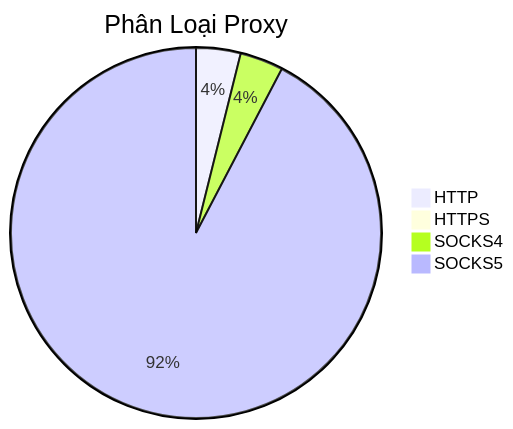
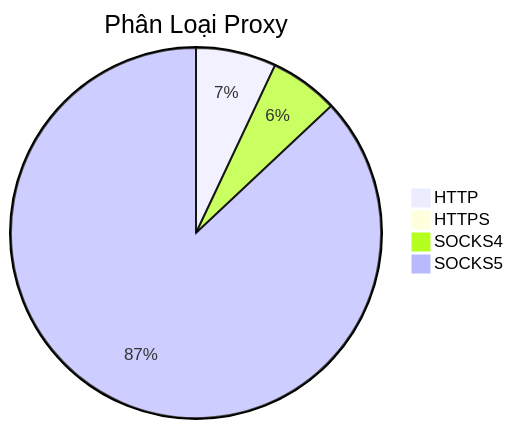
One commit to Ciara-Aa/PROXY-free changed the diagram in README.md. Above: the diagram before and after it, drawn with Mermaid. The commit also changed other lines of this file and 4 other files, not shown here.

````diff
--- a/README.md
+++ b/README.md
@@ -26,7 +26,7 @@
 ```mermaid
 pie title Phân Loại Proxy
-    "HTTP" : 422
-    "HTTPS" : 3
-    "SOCKS4" : 411
-    "SOCKS5" : 10026
+    "HTTP" : 458
+    "HTTPS" : 4
+    "SOCKS4" : 391
+    "SOCKS5" : 5684
 ```
````
